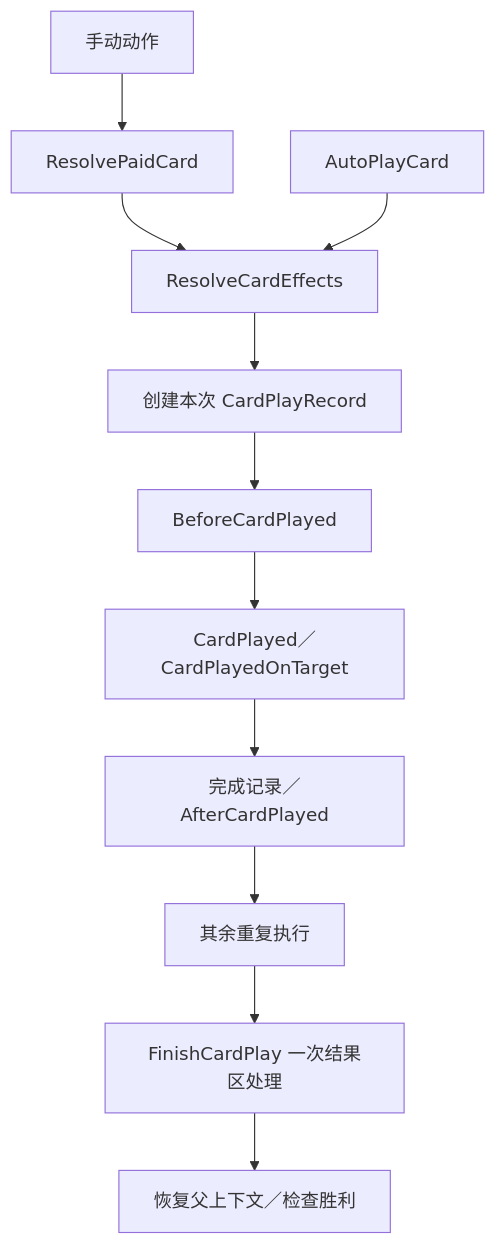
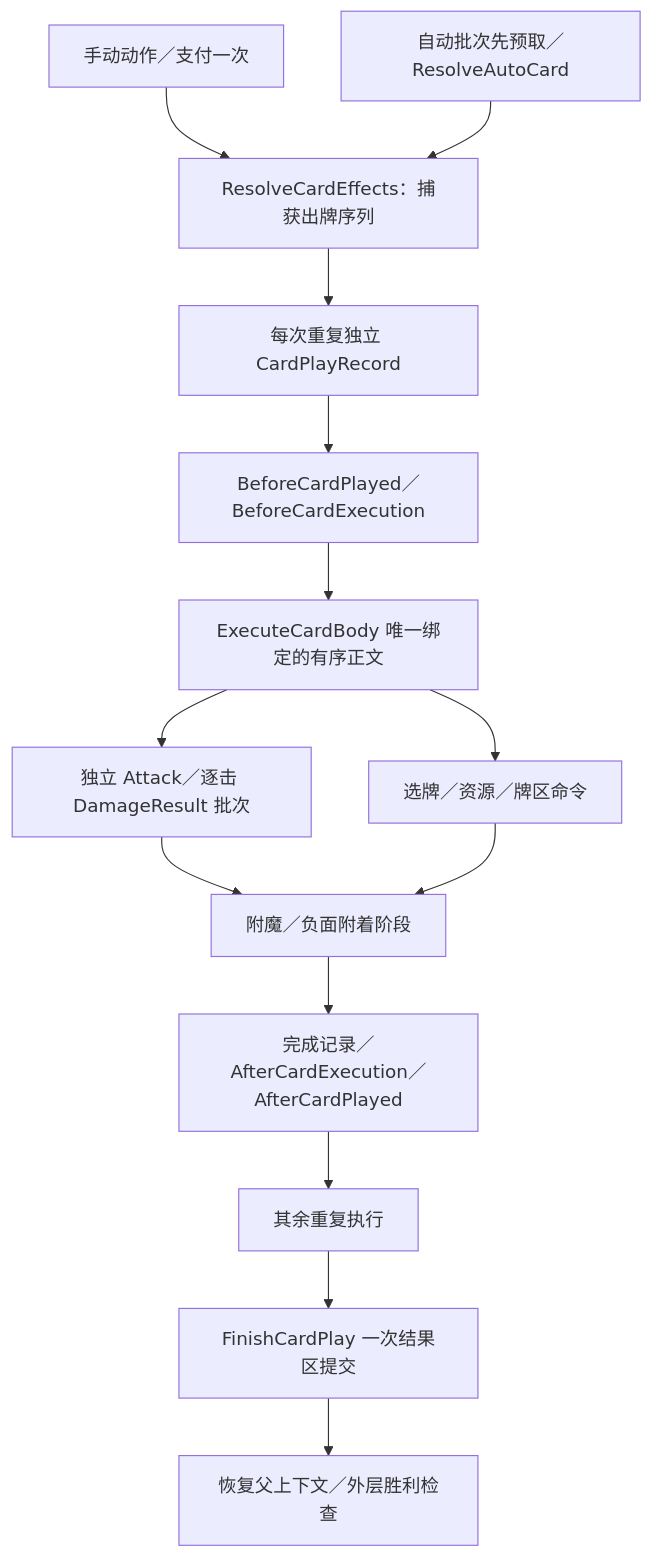
One commit to QingXiang22/auto-the-spire changed the diagram in docs/design/mod-the-spire/control-flow-modules.md. Above: the diagram before and after it, drawn with Mermaid. The commit also changed other lines of this file and 188 other files, not shown here.

````diff
--- a/docs/design/mod-the-spire/control-flow-modules.md
+++ b/docs/design/mod-the-spire/control-flow-modules.md
@@ -7,13 +7,16 @@
 ```mermaid
 flowchart TD
-    Manual[手动动作] --> Paid[ResolvePaidCard]
-    Paid --> Effects[ResolveCardEffects]
-    Auto[AutoPlayCard] --> Effects
-    Effects --> Record[创建本次 CardPlayRecord]
-    Record --> Before[BeforeCardPlayed]
-    Before --> Body[CardPlayed／CardPlayedOnTarget]
-    Body --> End[完成记录／AfterCardPlayed]
+    Manual[手动动作／支付一次] --> Effects[ResolveCardEffects：捕获出牌序列]
+    Auto[自动批次先预取／ResolveAutoCard] --> Effects
+    Effects --> Record[每次重复独立 CardPlayRecord]
+    Record --> Before[BeforeCardPlayed／BeforeCardExecution]
+    Before --> Body[ExecuteCardBody 唯一绑定的有序正文]
+    Body --> Attack[独立 Attack／逐击 DamageResult 批次]
+    Body --> Other[选牌／资源／牌区命令]
+    Attack --> Attach[附魔／负面附着阶段]
+    Other --> Attach
+    Attach --> End[完成记录／AfterCardExecution／AfterCardPlayed]
     End --> Repeat[其余重复执行]
-    Repeat --> Result[FinishCardPlay 一次结果区处理]
-    Result --> Restore[恢复父上下文／检查胜利]
+    Repeat --> Result[FinishCardPlay 一次结果区提交]
+    Result --> Restore[恢复父上下文／外层胜利检查]
 ```
````
